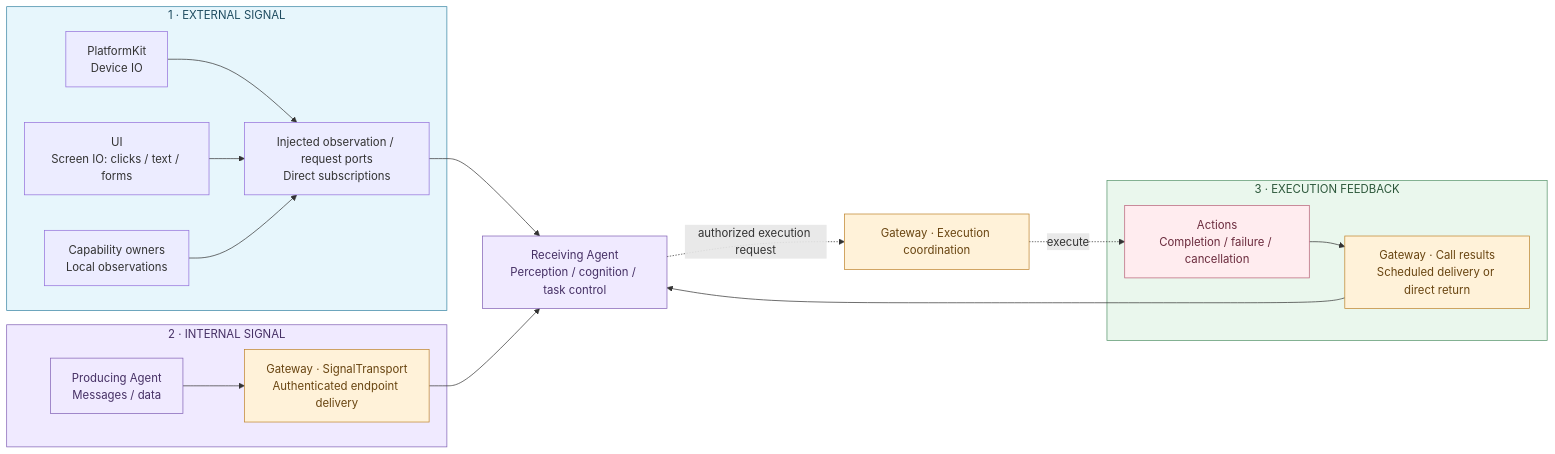
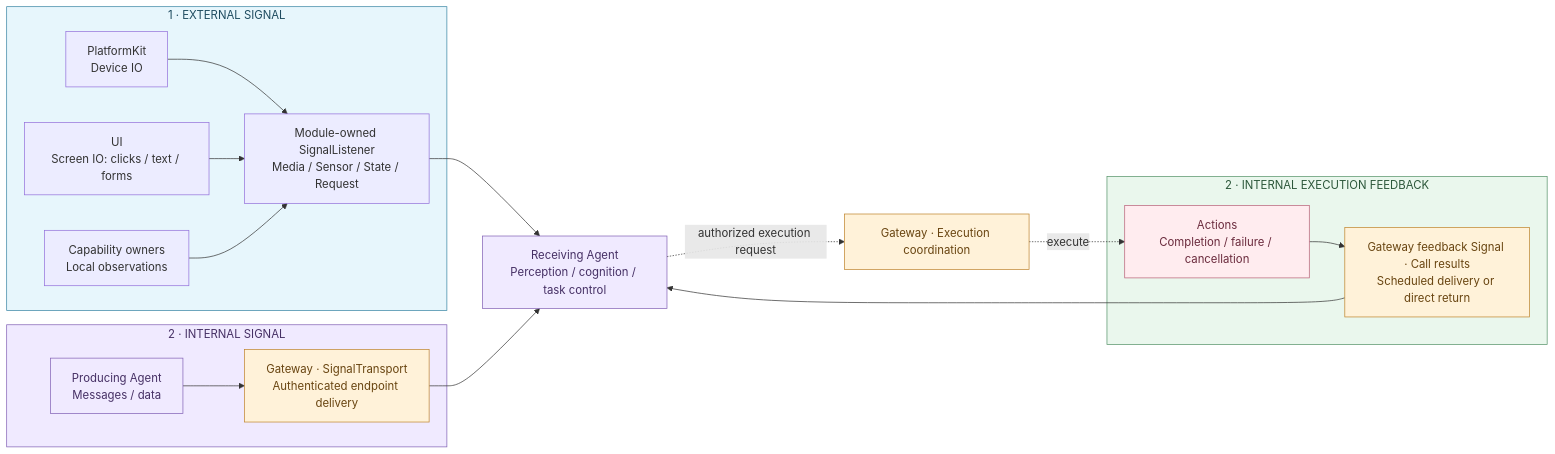
Before and after one commit to devilyouwei/MobileHarness: the fifth of 27 diagrams in MobileHarness/README.md, drawn with Mermaid. The commit also changed other lines of this file and 246 other files, not shown here.

First line of the commit message:
feat: redesign external Signal listeners and route memory warnings through PlatformKit

````diff
--- a/MobileHarness/README.md
+++ b/MobileHarness/README.md
@@ -390,28 +390,28 @@
 ```mermaid
 flowchart LR
     subgraph External["1 · EXTERNAL SIGNAL"]
-        P["PlatformKit<br/>Device IO"] --> D["Injected observation / request ports<br/>Direct subscriptions"]
+        P["PlatformKit<br/>Device IO"] --> D["Module-owned SignalListener<br/>Media / Sensor / State / Request"]
         U["UI<br/>Screen IO: clicks / text / forms"] --> D
         O["Capability owners<br/>Local observations"] --> D
     end
     subgraph Internal["2 · INTERNAL SIGNAL"]
         Peer["Producing Agent<br/>Messages / data"] --> T["Gateway · SignalTransport<br/>Authenticated endpoint delivery"]
     end
-    subgraph Feedback["3 · EXECUTION FEEDBACK"]
-        X["Actions<br/>Completion / failure / cancellation"] --> R["Gateway · Call results<br/>Scheduled delivery or direct return"]
+    subgraph Feedback["2 · INTERNAL EXECUTION FEEDBACK"]
+        X["Actions<br/>Completion / failure / cancellation"] --> R["Gateway feedback Signal · Call results<br/>Scheduled delivery or direct return"]
     end
     D --> A["Receiving Agent<br/>Perception / cognition / task control"]
     T --> A
     R --> A
     A -.->|"authorized execution request"| E["Gateway · Execution coordination"]
     E -.->|"execute"| X
     style External fill:#e7f6fc,stroke:#3985a4,color:#1f4c60
     style Internal fill:#f0eaff,stroke:#8261b5,color:#463065
     style Feedback fill:#eaf7ed,stroke:#56936a,color:#2c573a
     classDef agent fill:#f0eaff,stroke:#8261b5,color:#463065
     classDef gateway fill:#fff2d9,stroke:#bf842c,color:#694511
     classDef action fill:#ffecef,stroke:#b86178,color:#6b2b3d
     class A,Peer agent
     class T,R,E gateway
     class X action
 ```
````
